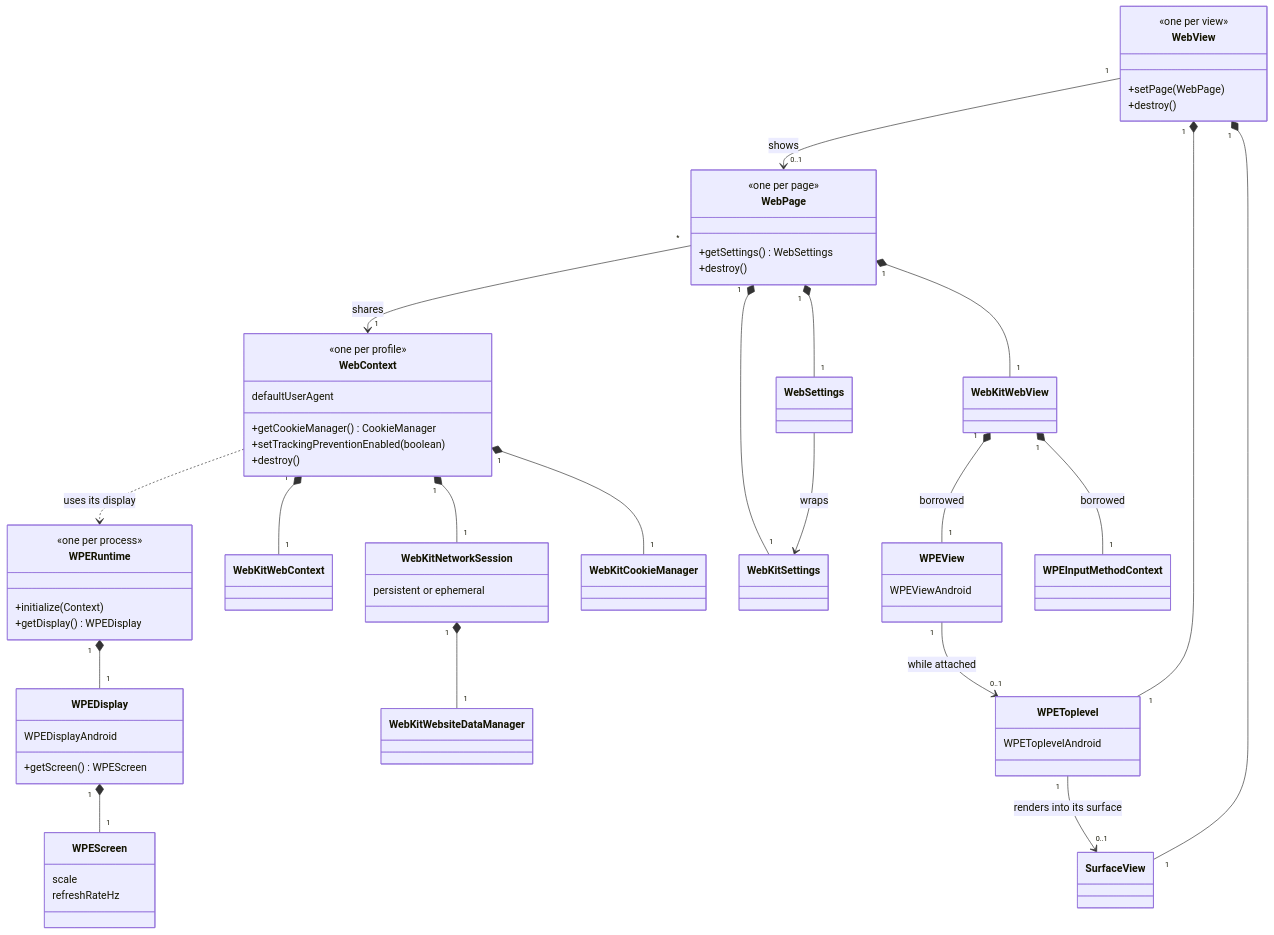
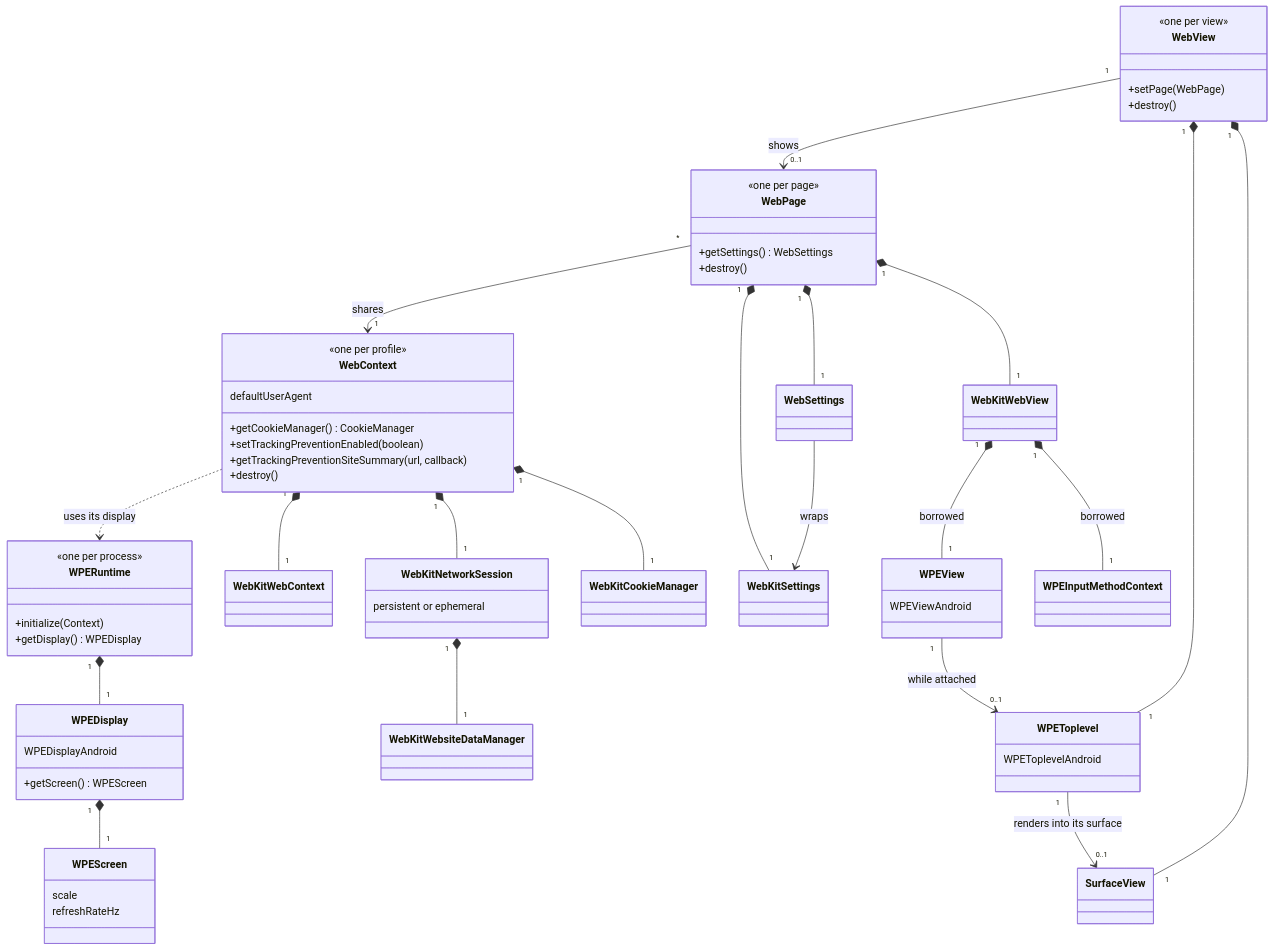
One commit to Igalia/wpe-android changed the first of 3 diagrams in docs/architecture.md. Above: the diagram before and after it, drawn with Mermaid. The commit also changed other lines of this file and 7 other files, not shown here.

First line of the commit message:
wpeview: Let apps show what tracking prevention found

````diff
--- a/docs/architecture.md
+++ b/docs/architecture.md
@@ -241,71 +242,72 @@
 ```mermaid
 classDiagram
     direction TB
     class WPERuntime {
         <<one per process>>
         +initialize(Context)
         +getDisplay() WPEDisplay
     }
     class WPEDisplay {
         WPEDisplayAndroid
         +getScreen() WPEScreen
     }
     class WPEScreen {
         scale
         refreshRateHz
     }
     class WebContext {
         <<one per profile>>
         defaultUserAgent
         +getCookieManager() CookieManager
         +setTrackingPreventionEnabled(boolean)
+        +getTrackingPreventionSiteSummary(url, callback)
         +destroy()
     }
     class WebKitWebContext
     class WebKitNetworkSession {
         persistent or ephemeral
     }
     class WebKitCookieManager
     class WebKitWebsiteDataManager
     class WebPage {
         <<one per page>>
         +getSettings() WebSettings
         +destroy()
     }
     class WebView {
         <<one per view>>
         +setPage(WebPage)
         +destroy()
     }
     class WebSettings
     class WebKitSettings
     class WebKitWebView
     class WPEView {
         WPEViewAndroid
     }
     class WPEInputMethodContext
     class WPEToplevel {
         WPEToplevelAndroid
     }
     class SurfaceView
 
     WPERuntime "1" *-- "1" WPEDisplay
     WPEDisplay "1" *-- "1" WPEScreen
     WebContext ..> WPERuntime : uses its display
     WebContext "1" *-- "1" WebKitWebContext
     WebContext "1" *-- "1" WebKitNetworkSession
     WebContext "1" *-- "1" WebKitCookieManager
     WebKitNetworkSession "1" *-- "1" WebKitWebsiteDataManager
     WebPage "*" --> "1" WebContext : shares
     WebPage "1" *-- "1" WebKitSettings
     WebPage "1" *-- "1" WebSettings
     WebSettings --> WebKitSettings : wraps
     WebPage "1" *-- "1" WebKitWebView
     WebView "1" --> "0..1" WebPage : shows
     WebKitWebView "1" *-- "1" WPEView : borrowed
     WebKitWebView "1" *-- "1" WPEInputMethodContext : borrowed
     WebView "1" *-- "1" WPEToplevel
     WebView "1" *-- "1" SurfaceView
     WPEView "1" --> "0..1" WPEToplevel : while attached
     WPEToplevel "1" --> "0..1" SurfaceView : renders into its surface
 ```
````
